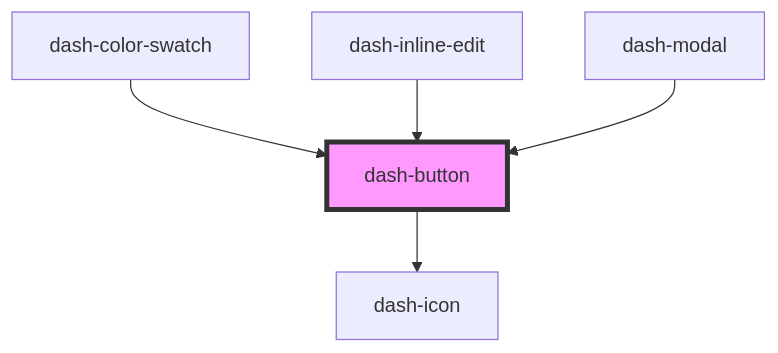
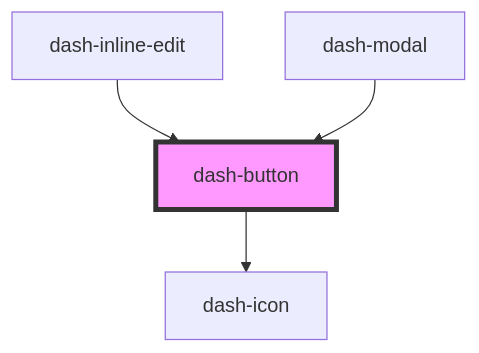
The diagram in packages/dash-components/src/components/dash-button/readme.md (jmanke/dash), drawn with Mermaid before and after one commit. The commit also changed other lines of this file and 6 other files, not shown here.

````diff
--- a/packages/dash-components/src/components/dash-button/readme.md
+++ b/packages/dash-components/src/components/dash-button/readme.md
@@ -44,8 +43,7 @@
 ```mermaid
 graph TD;
   dash-button --> dash-icon
-  dash-color-swatch --> dash-button
   dash-inline-edit --> dash-button
   dash-modal --> dash-button
   style dash-button fill:#f9f,stroke:#333,stroke-width:4px
 ```
````
